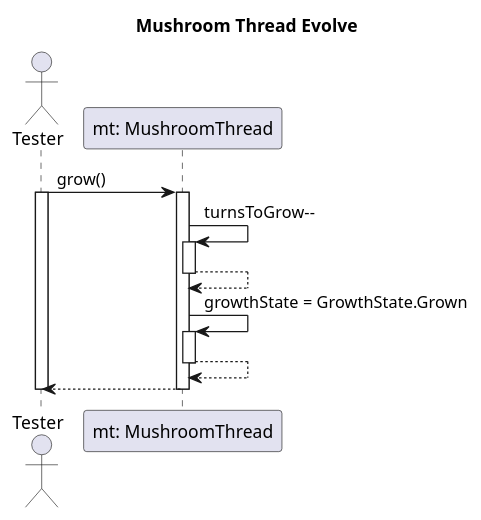
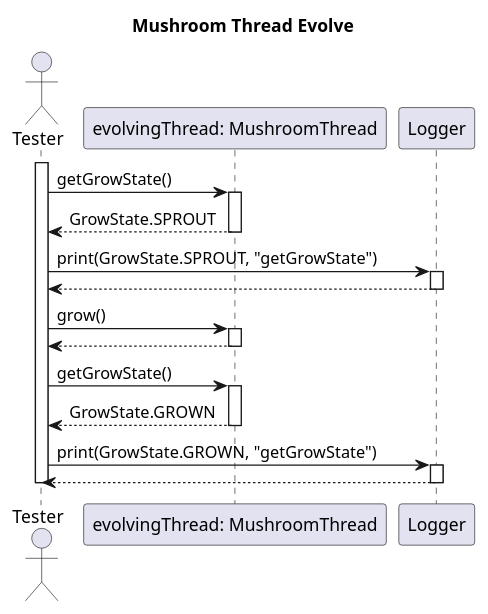
Before and after one commit to dzsem/projlab: the diagram in diagrams/test-sequence/mushroom/mushroomThreadEvolve.wsd, drawn with PlantUML.

Commit message:
Fixed evolve

```diff
--- a/diagrams/test-sequence/mushroom/mushroomThreadEvolve.wsd
+++ b/diagrams/test-sequence/mushroom/mushroomThreadEvolve.wsd
@@ -1,26 +1,38 @@
 @startuml Mushroom Thread Evolve
 
 title Mushroom Thread Evolve
 
 actor "Tester" as tester
-participant "mt: MushroomThread" as mt
+participant "evolvingThread: MushroomThread" as emt
+participant "Logger" as logger 
 
-tester -> mt: grow() 
 activate tester
-activate mt
 
-mt -> mt: turnsToGrow--
-activate mt
-mt --> mt
-deactivate mt
+tester -> emt: getGrowState()
+activate emt
+emt --> tester: GrowState.SPROUT 
+deactivate emt
 
-mt -> mt: growthState = GrowthState.Grown
-activate mt
-mt --> mt
-deactivate mt
+tester -> logger: print(GrowState.SPROUT, "getGrowState")
+activate logger
+logger --> tester
+deactivate logger
 
-mt --> tester
-deactivate mt
+tester -> emt: grow() 
+activate emt
+emt --> tester
+deactivate emt
+
+tester -> emt: getGrowState()
+activate emt
+emt --> tester: GrowState.GROWN 
+deactivate emt
+
+tester -> logger: print(GrowState.GROWN, "getGrowState")
+activate logger
+logger --> tester
+deactivate logger
+
 deactivate tester
 
 @enduml
```
